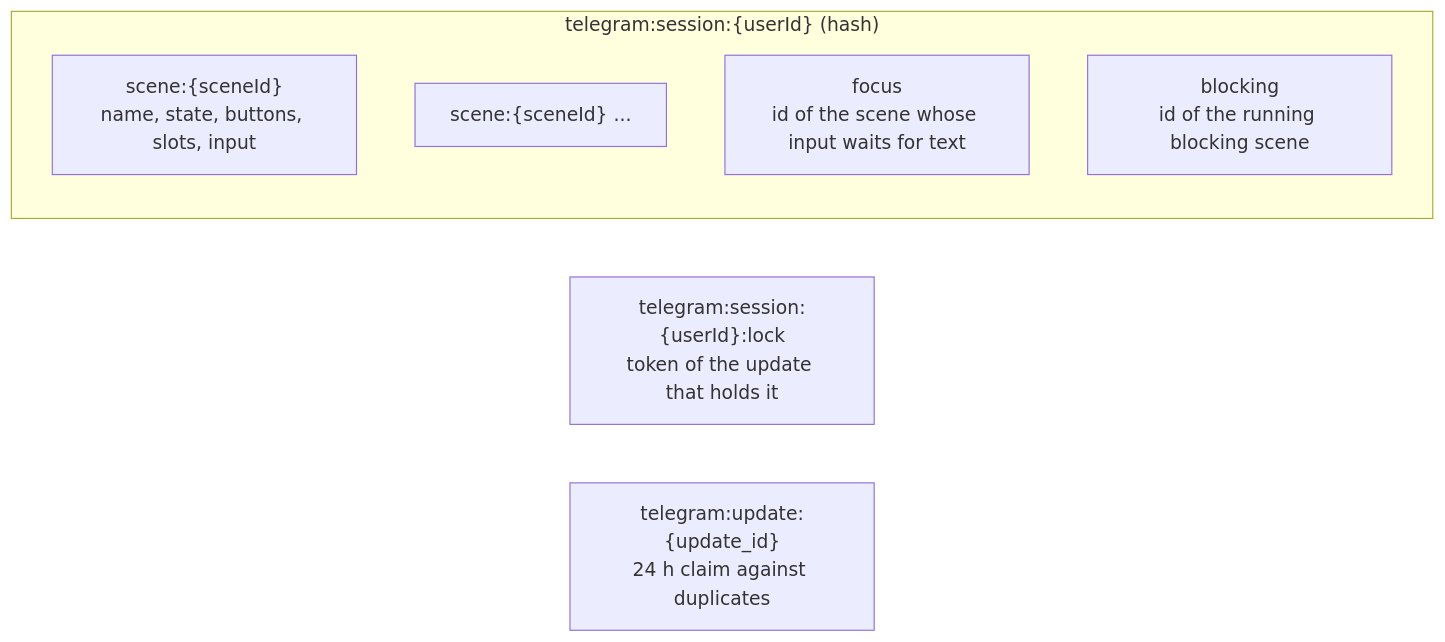
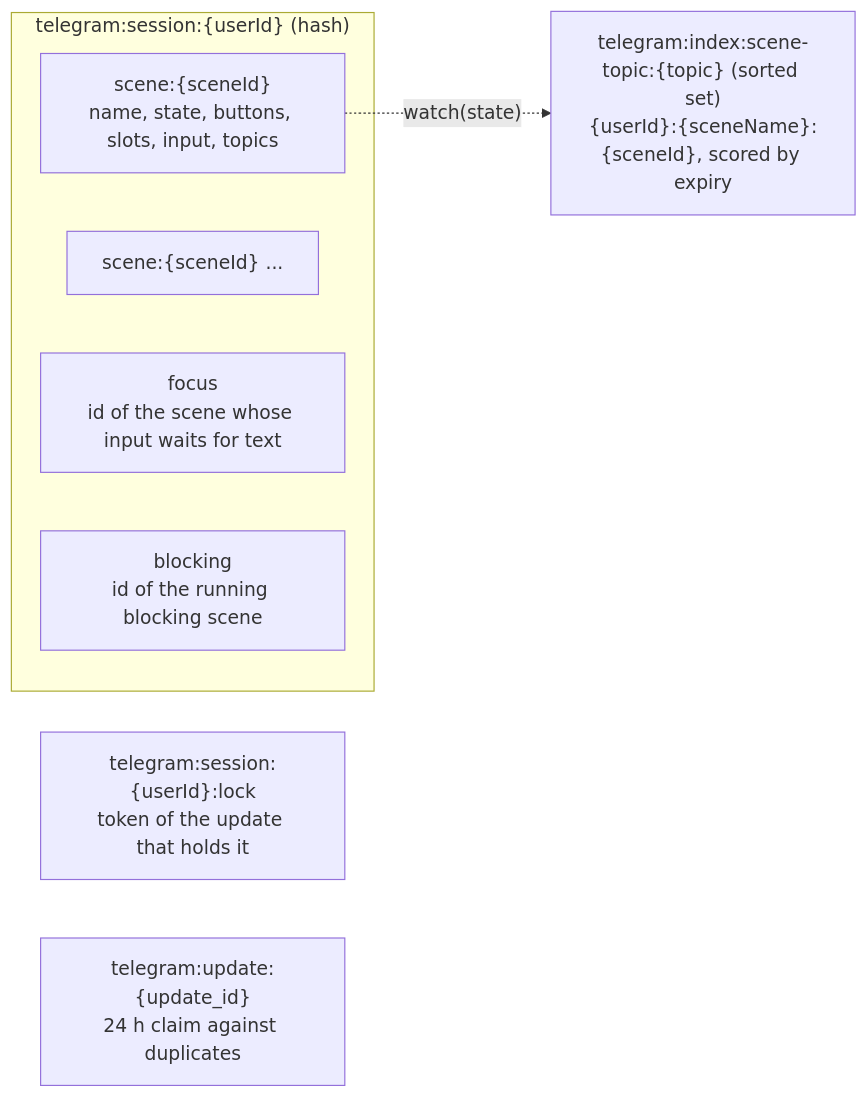
Before and after one commit to ayuvlasenko/smart-assistant: the sixth of 8 diagrams in apps/server/src/plugins/app/telegram/README.md, drawn with Mermaid. The commit also changed other lines of this file and 17 other files, not shown here.

First line of the commit message:
feat: publish scene updates to the scenes that watch a topic

````diff
--- a/apps/server/src/plugins/app/telegram/README.md
+++ b/apps/server/src/plugins/app/telegram/README.md
@@ -170,11 +203,13 @@
 ```mermaid
 flowchart LR
     subgraph hash["telegram:session:{userId} (hash)"]
-        f1["scene:{sceneId}<br/>name, state, buttons, slots, input"]
+        f1["scene:{sceneId}<br/>name, state, buttons, slots, input, topics"]
         f2["scene:{sceneId} ..."]
         focus["focus<br/>id of the scene whose input waits for text"]
         blocking["blocking<br/>id of the running blocking scene"]
     end
     lockKey["telegram:session:{userId}:lock<br/>token of the update that holds it"]
+    index["telegram:index:scene-topic:{topic} (sorted set)<br/>{userId}:{sceneName}:{sceneId}, scored by expiry"]
+    f1 -. "watch(state)" .-> index
     claim["telegram:update:{update_id}<br/>24 h claim against duplicates"]
 ```
````
